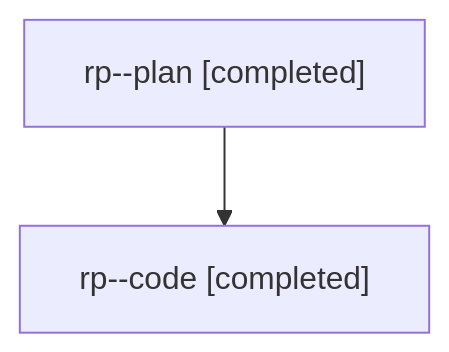
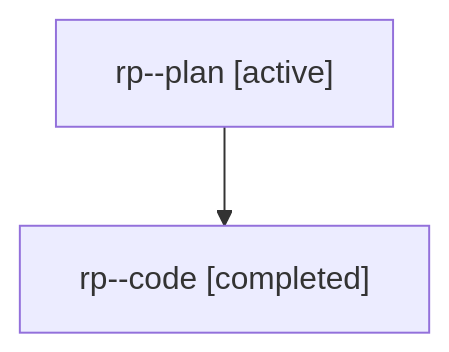
One commit to sase-org/sase--agents changed the diagram in families/bbugyi200.athena.rp.md. Above: the diagram before and after it, drawn with Mermaid. The commit also changed other lines of this file and 5813 other files, not shown here.

````diff
--- a/families/bbugyi200.athena.rp.md
+++ b/families/bbugyi200.athena.rp.md
@@ -9,6 +9,6 @@
 ```mermaid
 flowchart TD
-  n0["rp--plan [completed]"]
+  n0["rp--plan [active]"]
   n1["rp--code [completed]"]
   n0 --> n1
 ```
````
